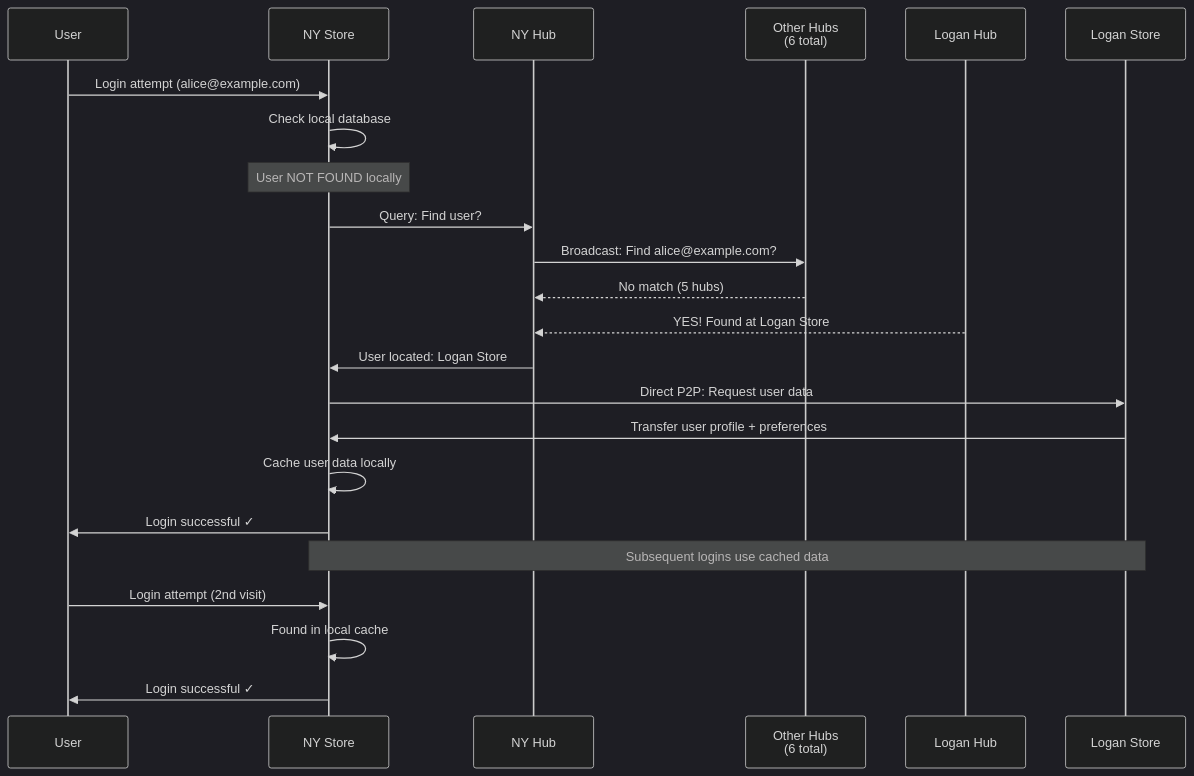
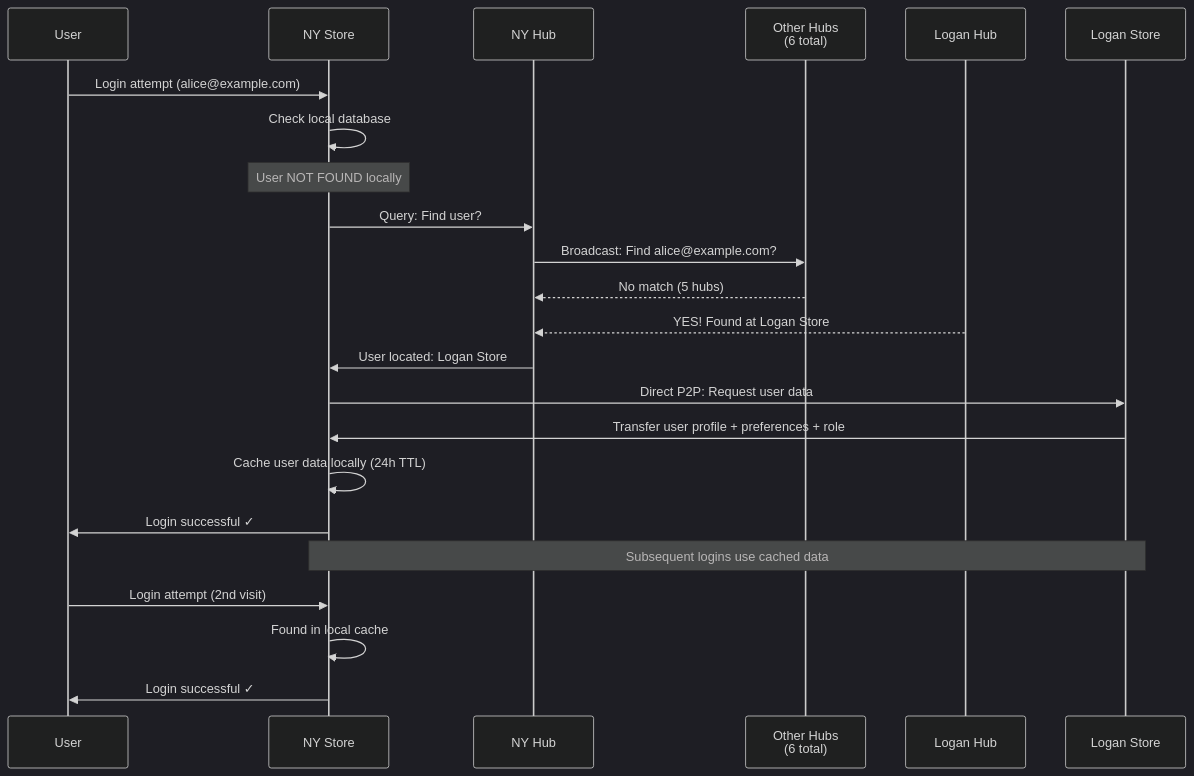
Before and after one commit to smithdb3/codepop: the first of 8 diagrams in docs/newDocs/CurrentLowLevelDesign.md, drawn with Mermaid (dark theme). The commit also changed other lines of this file and 1 other file, not shown here.

Commit message:
changed docs to reflect new distributed architecture

````diff
--- a/docs/newDocs/CurrentLowLevelDesign.md
+++ b/docs/newDocs/CurrentLowLevelDesign.md
@@ -359,27 +320,27 @@
 ```mermaid
 sequenceDiagram
     participant User
     participant NYStore as NY Store
     participant NYHub as NY Hub
     participant OtherHubs as Other Hubs<br/>(6 total)
     participant LoganHub as Logan Hub
     participant LoganStore as Logan Store
 
     User->>NYStore: Login attempt (alice@example.com)
     NYStore->>NYStore: Check local database
     Note over NYStore: User NOT FOUND locally
     NYStore->>NYHub: Query: Find user?
     NYHub->>OtherHubs: Broadcast: Find alice@example.com?
     OtherHubs-->>NYHub: No match (5 hubs)
     LoganHub-->>NYHub: YES! Found at Logan Store #001
     NYHub->>NYStore: User located: Logan Store
     NYStore->>LoganStore: Direct P2P: Request user data
-    LoganStore->>NYStore: Transfer user profile + preferences
-    NYStore->>NYStore: Cache user data locally
+    LoganStore->>NYStore: Transfer user profile + preferences + role
+    NYStore->>NYStore: Cache user data locally (24h TTL)
     NYStore->>User: Login successful ✓
 
     Note over NYStore,LoganStore: Subsequent logins use cached data
     User->>NYStore: Login attempt (2nd visit)
     NYStore->>NYStore: Found in local cache
     NYStore->>User: Login successful ✓
 ```
````
